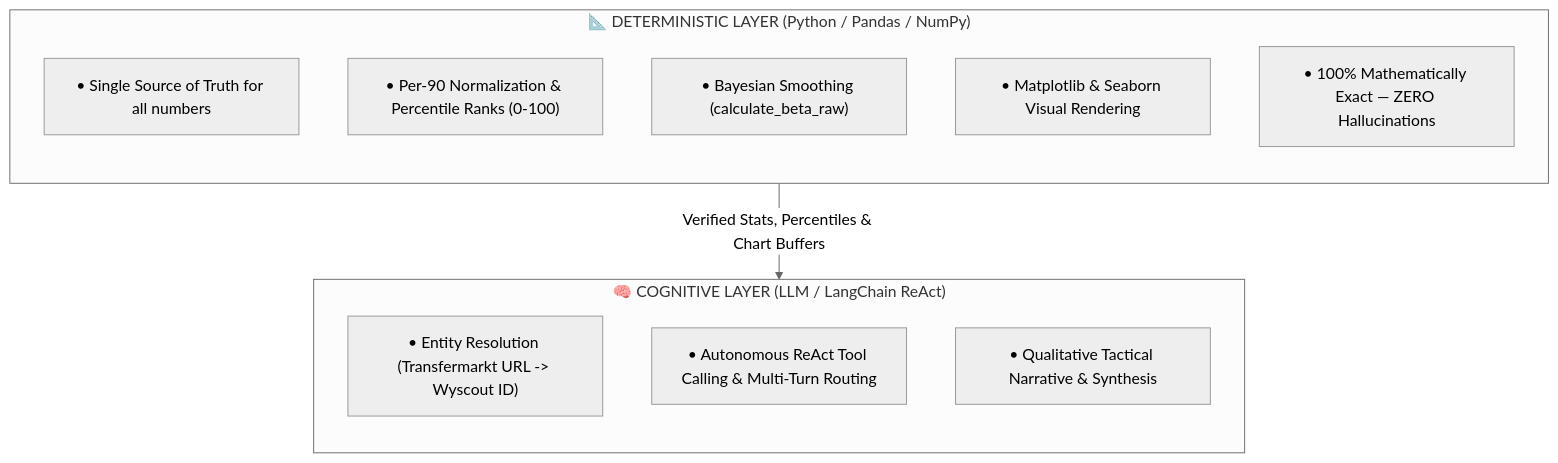
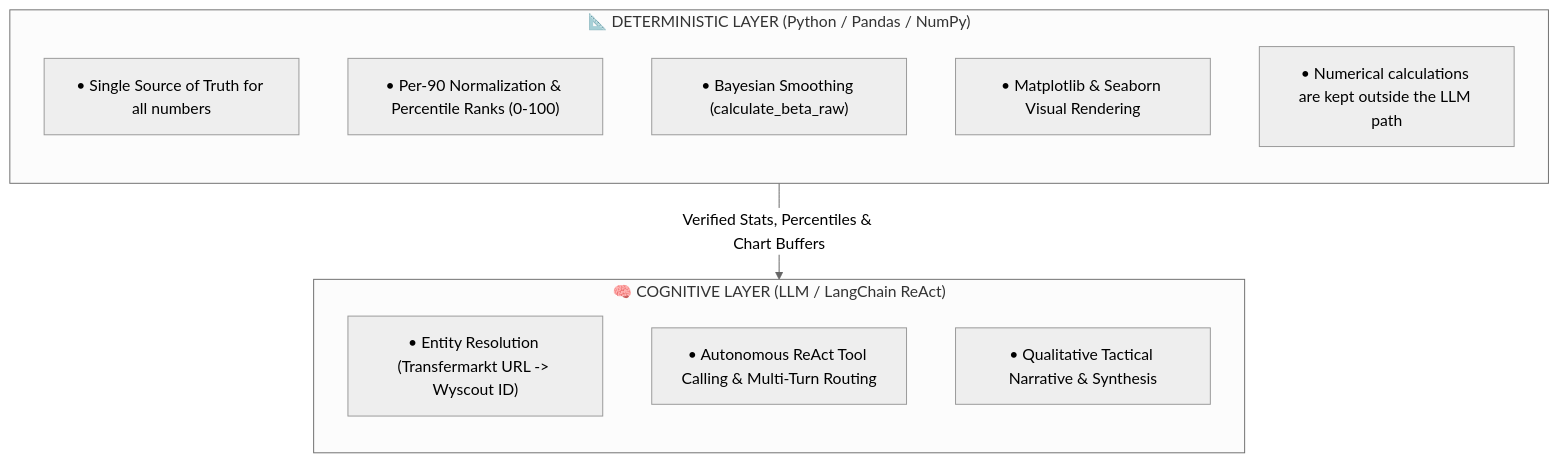
Before and after one commit to Creeepling/ai-football-scouting-bot: the first of 2 diagrams in README.md, drawn with Mermaid (neutral theme). The commit also changed 3 other files, not shown here.

Commit message:
refactor: update architecture phrasing and clean up redundant generator scripts

````diff
--- a/README.md
+++ b/README.md
@@ -11,20 +11,20 @@
 ```mermaid
 flowchart TD
     subgraph Deterministic_Layer ["📐 DETERMINISTIC LAYER (Python / Pandas / NumPy)"]
         direction TB
         D1["• Single Source of Truth for all numbers"]
         D2["• Per-90 Normalization & Percentile Ranks (0-100)"]
         D3["• Bayesian Smoothing (calculate_beta_raw)"]
         D4["• Matplotlib & Seaborn Visual Rendering"]
-        D5["• 100% Mathematically Exact — ZERO Hallucinations"]
+        D5["• Numerical calculations are kept outside the LLM path"]
     end
 
     subgraph Cognitive_Layer ["🧠 COGNITIVE LAYER (LLM / LangChain ReAct)"]
         direction TB
         C1["• Entity Resolution (Transfermarkt URL -> Wyscout ID)"]
         C2["• Autonomous ReAct Tool Calling & Multi-Turn Routing"]
         C3["• Qualitative Tactical Narrative & Synthesis"]
     end
 
     Deterministic_Layer -->|"Verified Stats, Percentiles & Chart Buffers"| Cognitive_Layer
 ```
````
